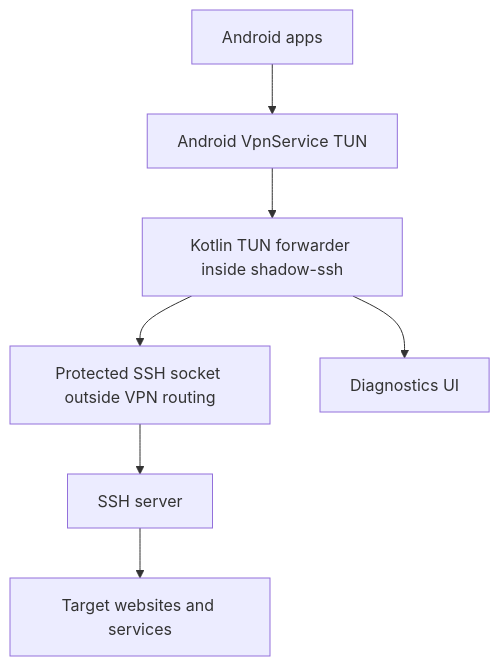
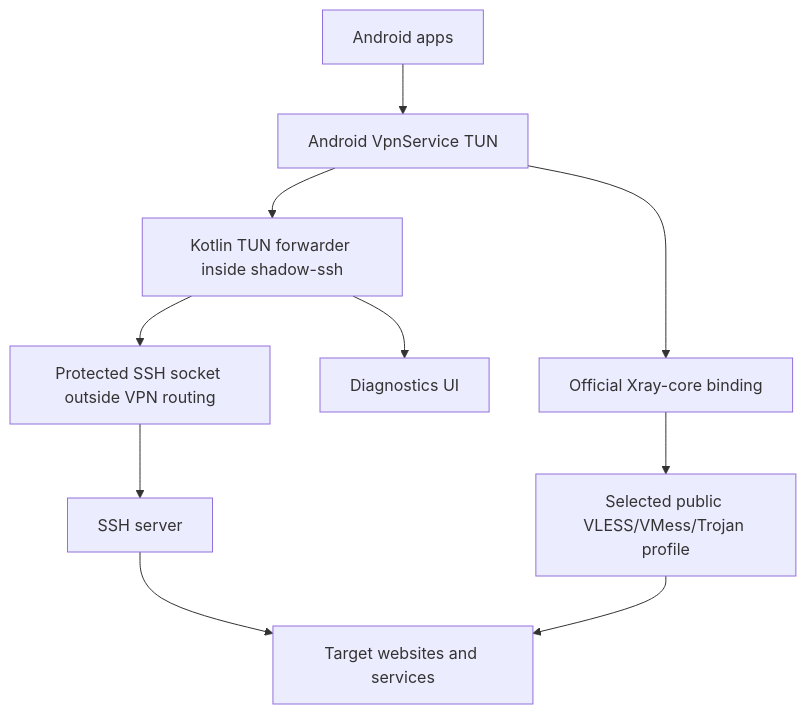
The first of 2 diagrams in README_SA.md (stansful/ssh-vpn-client-kotlin), drawn with Mermaid before and after one commit. The commit also changed other lines of this file and 45 other files, not shown here.

````diff
--- a/README_SA.md
+++ b/README_SA.md
@@ -23,9 +25,12 @@
 ```mermaid
 flowchart TD
     A["Android apps"] --> B["Android VpnService TUN"]
     B --> C["Kotlin TUN forwarder inside shadow-ssh"]
     C --> D["Protected SSH socket outside VPN routing"]
     D --> E["SSH server"]
     E --> F["Target websites and services"]
     C --> G["Diagnostics UI"]
+    B --> H["Official Xray-core binding"]
+    H --> I["Selected public VLESS/VMess/Trojan profile"]
+    I --> F
 ```
````
